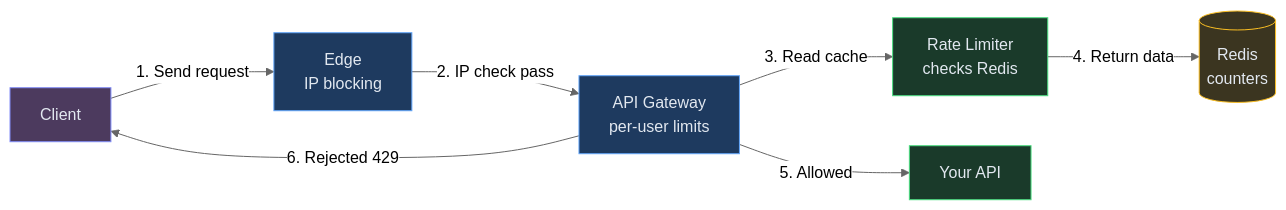
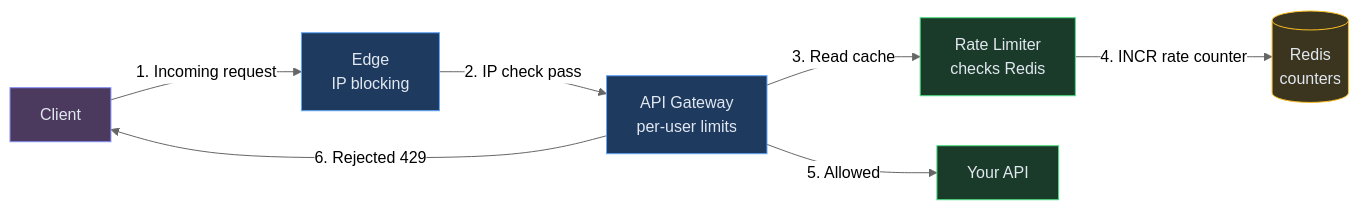
One commit to iluzn/HLD-Designs changed the first of 15 diagrams in content/hld/RateLimiter.md. Above: the diagram before and after it, drawn with Mermaid (neutral theme). The commit also changed other lines of this file and 27 other files, not shown here.

````diff
--- a/content/hld/RateLimiter.md
+++ b/content/hld/RateLimiter.md
@@ -19,21 +19,21 @@
 ```mermaid
 flowchart LR
     CLIENT["Client"]:::client
     EDGE["Edge<br/>IP blocking"]:::edge
     GW["API Gateway<br/>per-user limits"]:::edge
     RL["Rate Limiter<br/>checks Redis"]:::service
     REDIS[("Redis<br/>counters")]:::data
     API["Your API"]:::service
 
-    CLIENT -->|"1. Send request"| EDGE
+    CLIENT -->|"1. Incoming request"| EDGE
     EDGE -->|"2. IP check pass"| GW
     GW -->|"3. Read cache"| RL
-    RL -->|"4. Return data"| REDIS
+    RL -->|"4. INCR rate counter"| REDIS
     GW -->|"5. Allowed"| API
     GW -->|"6. Rejected 429"| CLIENT
 
     classDef client fill:#4c3a5e,stroke:#818cf8,color:#e2e8f0
     classDef edge fill:#1e3a5f,stroke:#60a5fa,color:#e2e8f0
     classDef service fill:#1a3a2a,stroke:#4ade80,color:#e2e8f0
     classDef data fill:#3b3520,stroke:#fbbf24,color:#e2e8f0
 ```
````
